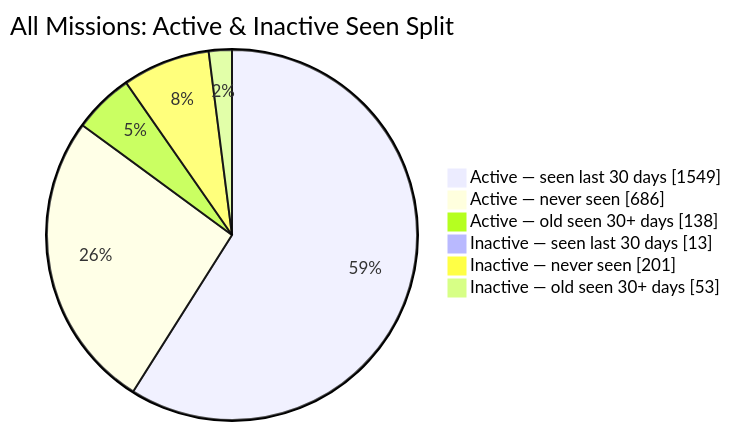
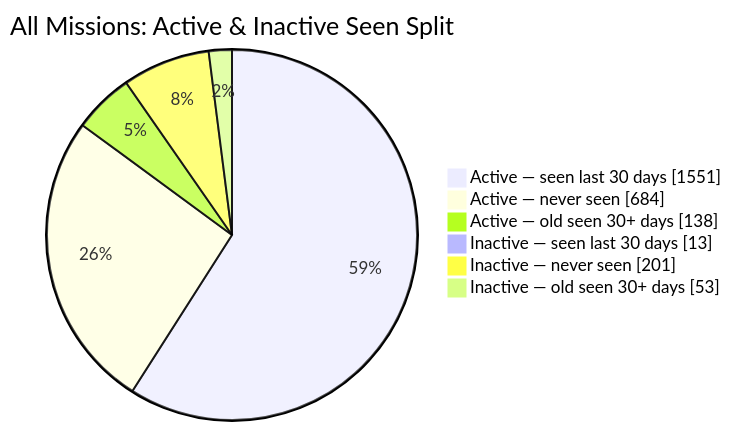
The second of 2 diagrams in README.md (MeldkamerspelGameTeam/active-missions), drawn with Mermaid before and after one commit. The commit also changed other lines of this file and 2 other files, not shown here.

````diff
--- a/README.md
+++ b/README.md
@@ -44,10 +44,10 @@
 ```mermaid
 pie showData
     title All Missions: Active & Inactive Seen Split
-    "Active — seen last 30 days" : 1549
-    "Active — never seen" : 686
+    "Active — seen last 30 days" : 1551
+    "Active — never seen" : 684
     "Active — old seen 30+ days" : 138
     "Inactive — seen last 30 days" : 13
     "Inactive — never seen" : 201
     "Inactive — old seen 30+ days" : 53
 ```
````
